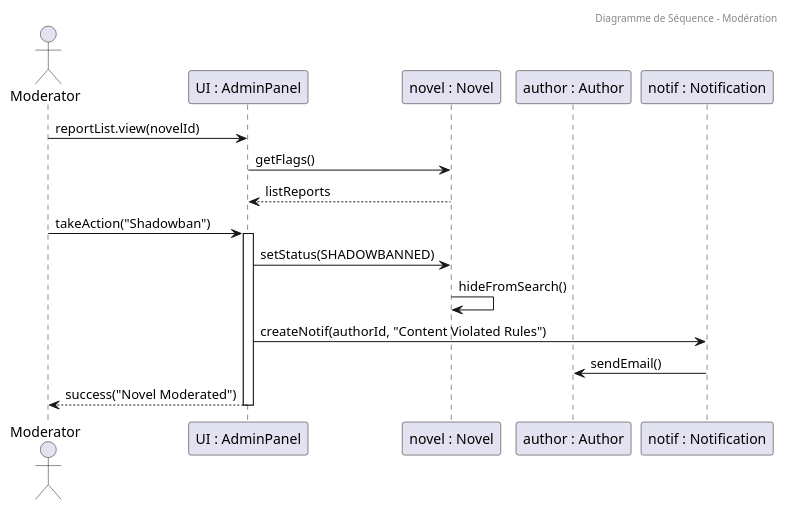
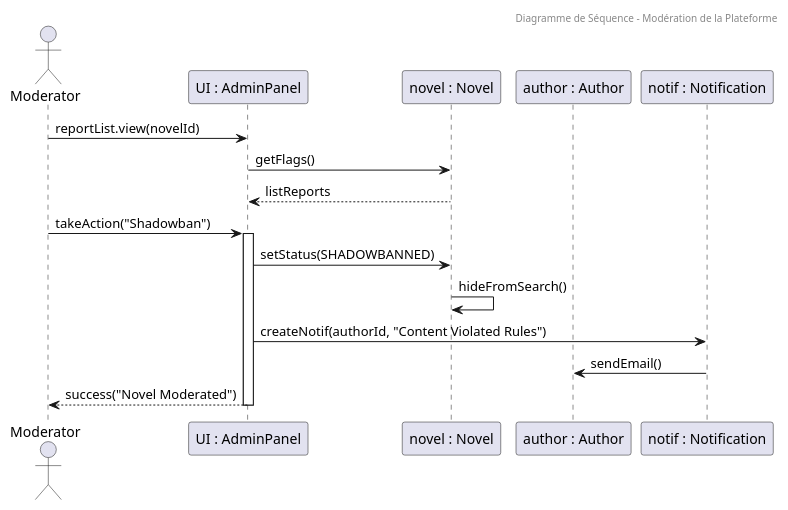
The diagram in src/Sequence/moderation.wsd (matthieuzajac/UML_project), drawn with PlantUML before and after one commit. The commit also changed 11 other files, not shown here.

Commit message:
Simplify use case diagram and align diagram titles

```diff
--- a/src/Sequence/moderation.wsd
+++ b/src/Sequence/moderation.wsd
@@ -1,23 +1,23 @@
 @startuml sequence diagram moderation
-header Diagramme de Séquence - Modération
+header Diagramme de Séquence - Modération de la Plateforme
 actor Moderator as M
 participant "UI : AdminPanel" as UI
 participant "novel : Novel" as N
 participant "author : Author" as A
 participant "notif : Notification" as NS
 
 M -> UI : reportList.view(novelId)
 UI -> N : getFlags()
 N --> UI : listReports
 
 M -> UI : takeAction("Shadowban")
 activate UI
 UI -> N : setStatus(SHADOWBANNED)
 N -> N : hideFromSearch()
 
 UI -> NS : createNotif(authorId, "Content Violated Rules")
 NS -> A : sendEmail()
 
 UI --> M : success("Novel Moderated")
 deactivate UI
 @enduml
```
